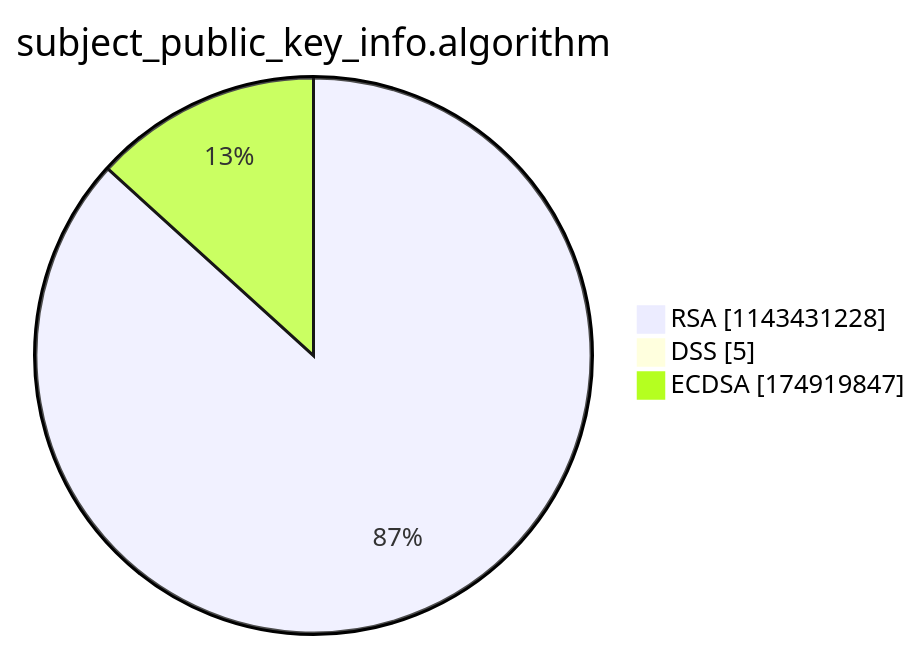
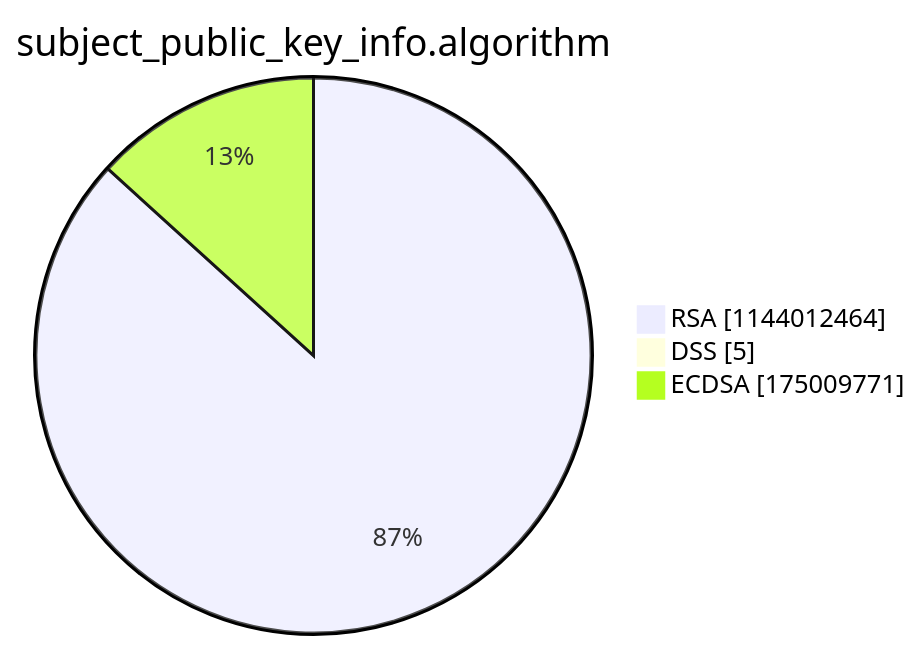
One commit to christiankrug/ctmonitor_visualization changed the third of 15 diagrams in argon2022/README.md. Above: the diagram before and after it, drawn with Mermaid. The commit also changed other lines of this file, not shown here.

````diff
--- a/argon2022/README.md
+++ b/argon2022/README.md
@@ -14,7 +14,7 @@
 ```mermaid
 pie showData
 title subject_public_key_info.algorithm
-"RSA" :1143431228
+"RSA" :1144012464
 "DSS" :5
-"ECDSA" :174919847
+"ECDSA" :175009771
 ```
````
